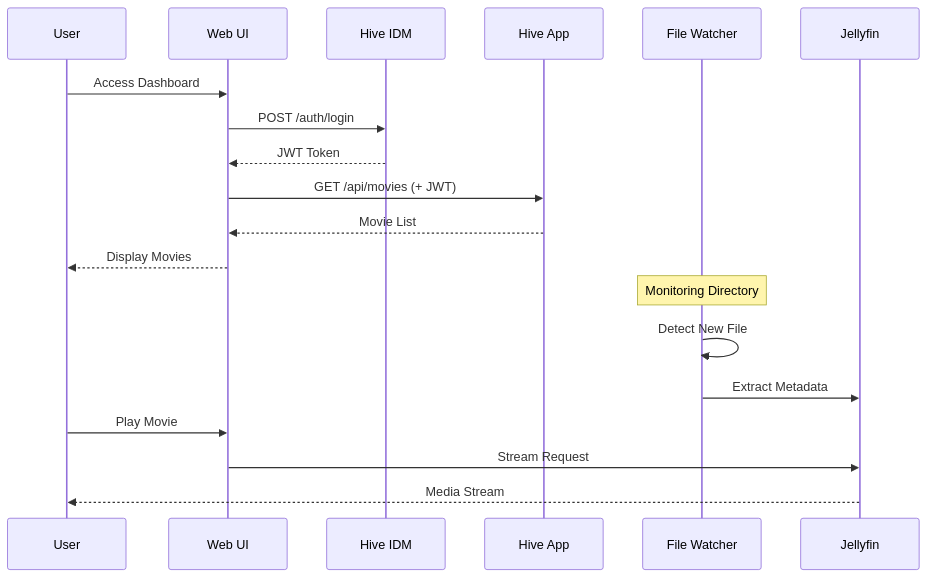
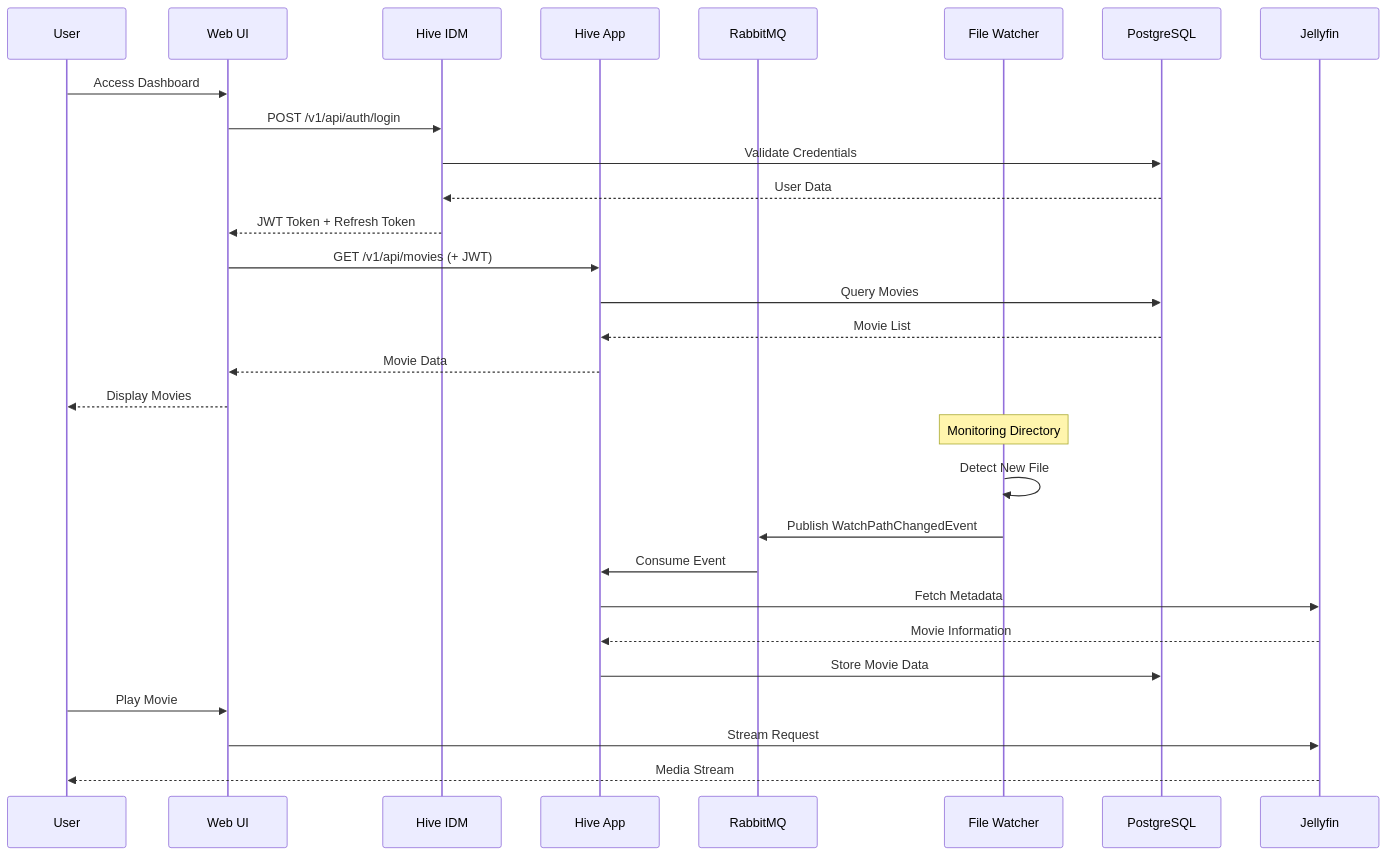
One commit to ekinbulut/hive-movie-platfrom changed the second of 2 diagrams in README.md. Above: the diagram before and after it, drawn with Mermaid. The commit also changed other lines of this file, not shown here.

````diff
--- a/README.md
+++ b/README.md
@@ -69,25 +85,35 @@
 ```mermaid
 sequenceDiagram
     participant U as User
     participant W as Web UI
     participant I as Hive IDM
     participant A as Hive App
+    participant MQ as RabbitMQ
     participant FS as File Watcher
+    participant DB as PostgreSQL
     participant J as Jellyfin
     
     U->>W: Access Dashboard
-    W->>I: POST /auth/login
-    I-->>W: JWT Token
+    W->>I: POST /v1/api/auth/login
+    I->>DB: Validate Credentials
+    DB-->>I: User Data
+    I-->>W: JWT Token + Refresh Token
     
-    W->>A: GET /api/movies (+ JWT)
-    A-->>W: Movie List
+    W->>A: GET /v1/api/movies (+ JWT)
+    A->>DB: Query Movies
+    DB-->>A: Movie List
+    A-->>W: Movie Data
     W-->>U: Display Movies
     
     Note over FS: Monitoring Directory
     FS->>FS: Detect New File
-    FS->>J: Extract Metadata
+    FS->>MQ: Publish WatchPathChangedEvent
+    MQ->>A: Consume Event
+    A->>J: Fetch Metadata
+    J-->>A: Movie Information
+    A->>DB: Store Movie Data
     
     U->>W: Play Movie
     W->>J: Stream Request
     J-->>U: Media Stream
 ```
````
